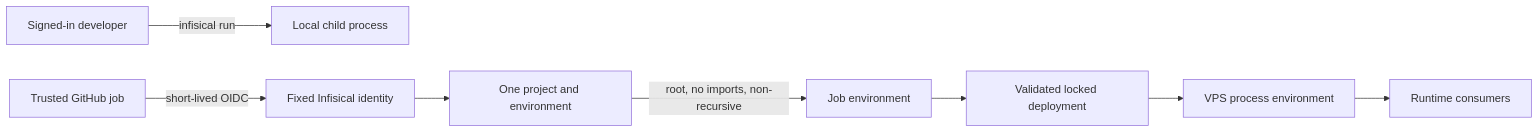
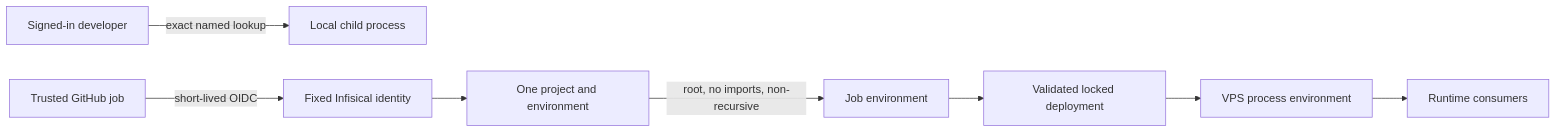
One commit to DotNaos/project-space changed the diagram in apps/docs/content/docs/development/changes/infisical-secret-delivery/design.mdx. Above: the diagram before and after it, drawn with Mermaid. The commit also changed other lines of this file and 16 other files, not shown here.

````diff
--- a/apps/docs/content/docs/development/changes/infisical-secret-delivery/design.mdx
+++ b/apps/docs/content/docs/development/changes/infisical-secret-delivery/design.mdx
@@ -32,10 +32,10 @@
 ```mermaid
 flowchart LR
-    H[Signed-in developer] -->|infisical run| L[Local child process]
+    H[Signed-in developer] -->|exact named lookup| L[Local child process]
     G[Trusted GitHub job] -->|short-lived OIDC| I[Fixed Infisical identity]
     I --> P[One project and environment]
     P -->|root, no imports, non-recursive| J[Job environment]
     J --> D[Validated locked deployment]
     D --> V[VPS process environment]
     V --> R[Runtime consumers]
 ```
````
